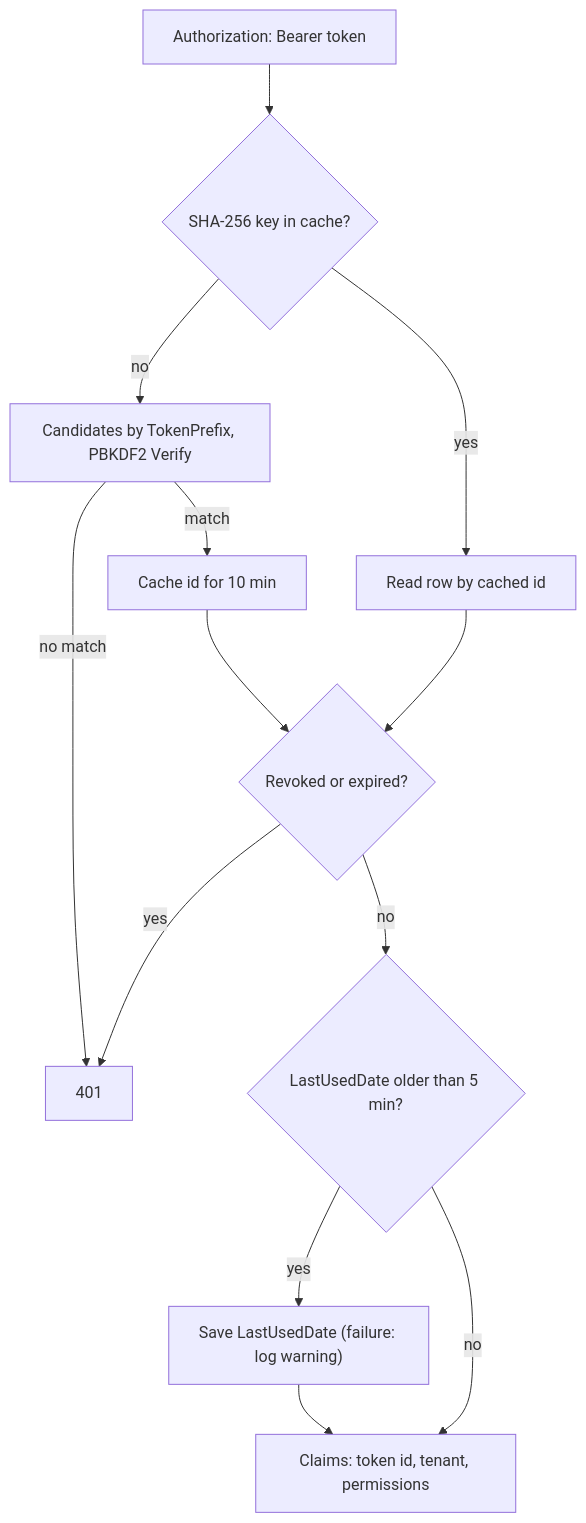
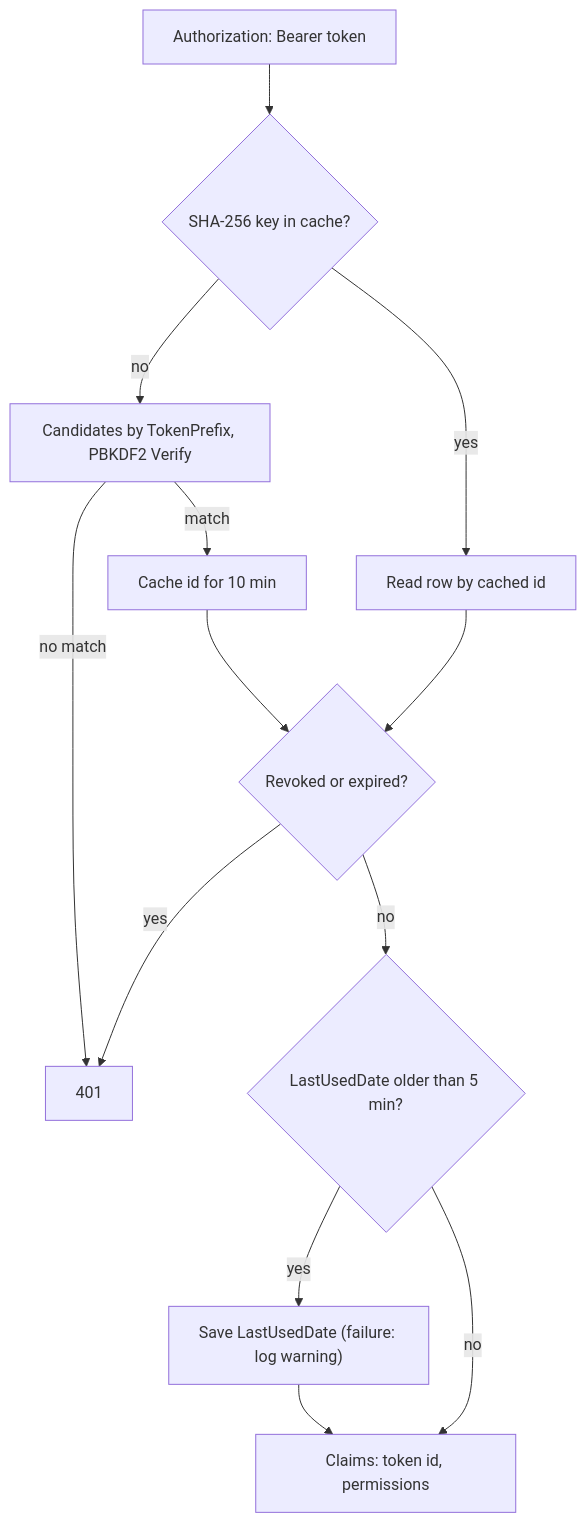
Before and after one commit to Albadit/DotNetForge: the diagram in .docs/features/headless-api.md, drawn with Mermaid. The commit also changed other lines of this file and 306 other files, not shown here.

````diff
--- a/.docs/features/headless-api.md
+++ b/.docs/features/headless-api.md
@@ -25,13 +26,13 @@
 ```mermaid
 flowchart TD
     H["Authorization: Bearer token"] --> K{"SHA-256 key in cache?"}
     K -- "yes" --> R["Read row by cached id"]
     K -- "no" --> P["Candidates by TokenPrefix, PBKDF2 Verify"]
     P -- "match" --> C["Cache id for 10 min"] --> V
     P -- "no match" --> F["401"]
     R --> V{"Revoked or expired?"}
     V -- "yes" --> F
     V -- "no" --> L{"LastUsedDate older than 5 min?"}
-    L -- "yes" --> S["Save LastUsedDate (failure: log warning)"] --> OK["Claims: token id, tenant, permissions"]
+    L -- "yes" --> S["Save LastUsedDate (failure: log warning)"] --> OK["Claims: token id, permissions"]
     L -- "no" --> OK
 ```
````
